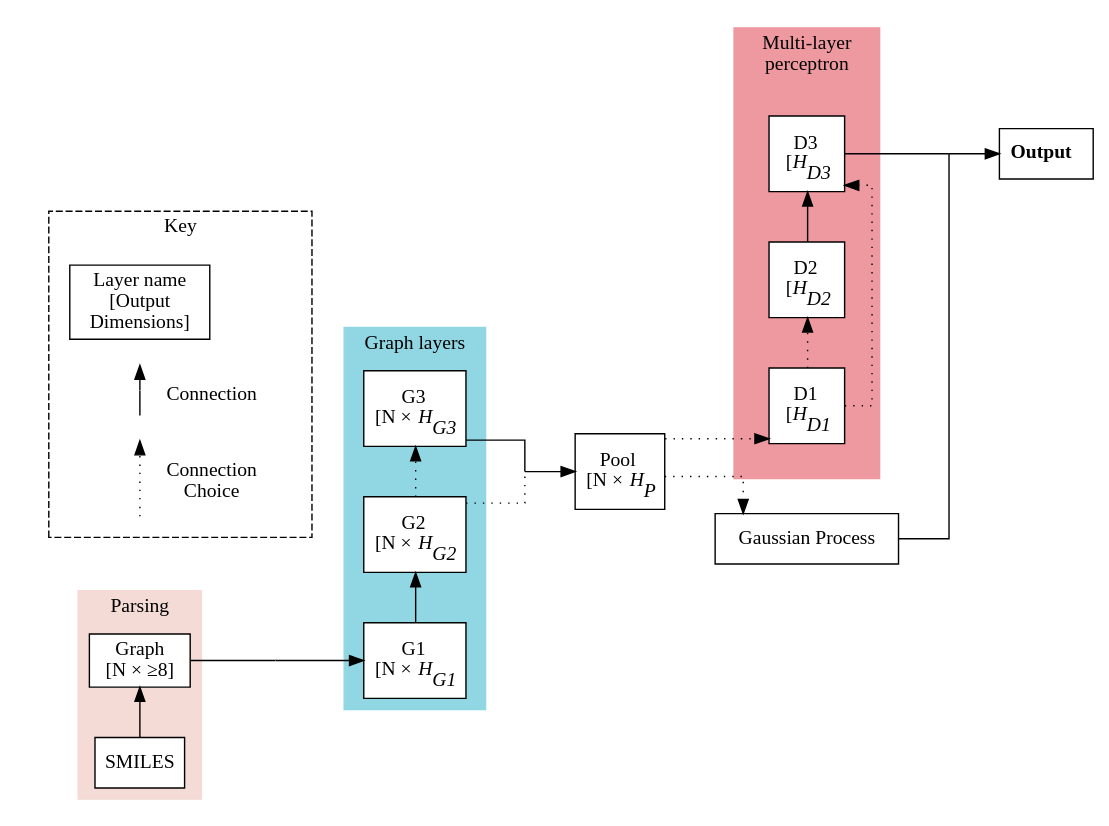
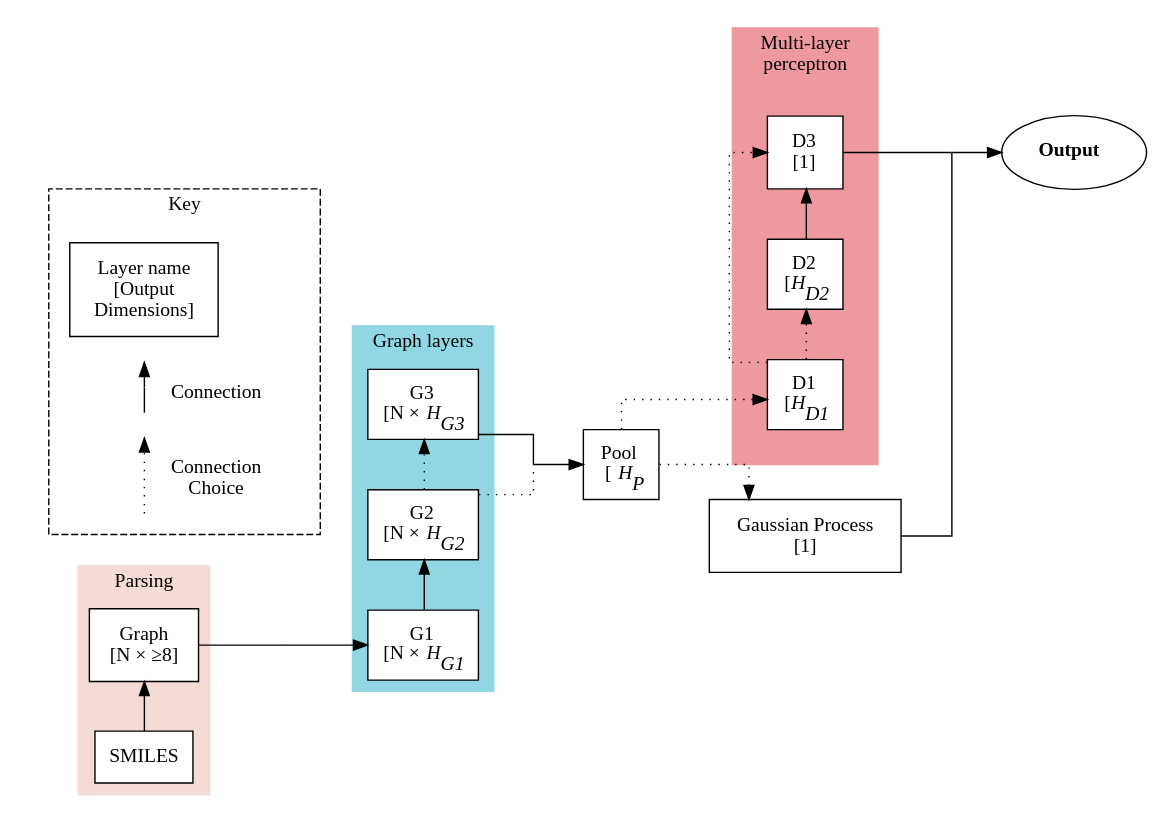
One commit to a-ws-m/CaMCaNN changed the diagram in visualisation/model_graph.dot. Above: the diagram before and after it, drawn with Graphviz. The commit also changed 2 other files, not shown here.

```diff
--- a/visualisation/model_graph.dot
+++ b/visualisation/model_graph.dot
@@ -1,109 +1,108 @@
 digraph G {
     margin=0;
     newrank=true;
 
     graph [fontname = "Fira Sans", rankdir=LR, splines=ortho, ratio=auto];
-    node [fontname = "Fira Sans", style="filled,solid", fillcolor=white, shape="box"];
+    node [fontname = "Fira Sans", style="filled,solid", fillcolor=white, shape="box", margin=0.15];
     edge [fontname = "Fira Sans"];
 
     subgraph cluster_0 {
         rank="same";
         style=filled;
         margin=8;
         color="#f4dbd6";
         node [style=filled];
         edge[minlen=2];
         SMILES -> molgraph;
         label = "Parsing";
     }
 
     pre_graph[shape="point", width=0.001, height=0.001];
     
     subgraph cluster_1 {
         rank="same";
         style=filled;
         margin=8;
         color="#91d7e3";
         edge[minlen=2];
         G1 -> G2;
         G2 -> G3[style="dotted"];
         label = "Graph layers";
     }
     
     pre_pool[shape="point", width=0, height=0];
     
     subgraph cluster_2 {
         rank="same";
         style=filled;
         margin=25;
         color="#ee99a0";
         edge[minlen=2];
         D1 -> D2[style="dotted"];
         D1 -> D3[style="dotted"];
         D2 -> D3;
         label="Multi-layer\nperceptron";
     }
     
     subgraph cluster_3_margin {
         margin=15;
         style="invis";
         subgraph cluster_3 {
             style="dashed";
             label="Key";
             subgraph example_edges {
                 rank="same";
                 key[label="Layer name\n[Output\nDimensions]"];
                 node[shape="point", width=0, height=0];
                 subgraph full_edge {
                     eg3 -> eg4[dir=none];
                     eg4 -> eg5[xlabel="    Connection"];
                 }
                 subgraph dotted_edge {
                     edge[style="dotted"];
                     eg0 -> eg1[dir=none];
                     eg1 -> eg11[dir=none];
                     eg11 -> eg2[xlabel="    Connection\n    Choice"];
                 }
             }
             dummy[style=invis, label="", width=0.3];
             key -> dummy[style=invis];
         }
     }
     
     molgraph -> pre_graph[dir=none];
     pre_graph -> G1;
     G3 -> pre_pool[dir=none];
     G2 -> pre_pool[style="dotted", dir=none];
     pre_pool -> pool;
     pool -> D1[style="dotted"];
     pool -> GP[style="dotted"];
     
     subgraph to_output{
         edge[dir=none];
         D3 -> pre_output;
         GP -> pre_output[constraint=false];
     }
 
     pre_output -> output;
 
     molgraph[label="Graph\n[N × ≥8]"];
     subgraph dimension_labels {
-        G1[label=<G1<br/>[N × <i>H<sub>G1</sub></i>]>, height=0.75];
-        G2[label=<G2<br/>[N × <i>H<sub>G2</sub></i>]>, height=0.75];
-        G3[label=<G3<br/>[N × <i>H<sub>G3</sub></i>]>, height=0.75];
+        G1[label=<G1<br/>[N × <i>H<sub>G1</sub></i>]>];
+        G2[label=<G2<br/>[N × <i>H<sub>G2</sub></i>]>];
+        G3[label=<G3<br/>[N × <i>H<sub>G3</sub></i>]>];
 
-        pool[label=<Pool<br/>[N × <i>H<sub>P</sub></i>]>, shape=box, height=0.75];
+        pool[label=<Pool<br/>  [<i>H<sub>P</sub></i>]>, shape=box];
         
-        D1[label=<D1<br/>[<i>H<sub>D1</sub></i>]>, height=0.75];
-        D2[label=<D2<br/>[<i>H<sub>D2</sub></i>]>, height=0.75];
-        D3[label=<D3<br/>[<i>H<sub>D3</sub></i>]>, height=0.75];
+        D1[label=<D1<br/>[<i>H<sub>D1</sub></i>]>];
+        D2[label=<D2<br/>[<i>H<sub>D2</sub></i>]>];
+        D3[label=<D3<br/>[1]>];
+
+        GP[ label="Gaussian Process\n[1]"];
     }
     
-    GP[
-        label="Gaussian Process",
-    ];
     
     pre_output[shape="point", width=0.001, height=0.001];
-    output[label=<<b>Output</b>>]
+    output[label=<<b>Output</b>>, shape="ellipse"]
     
 }
```
